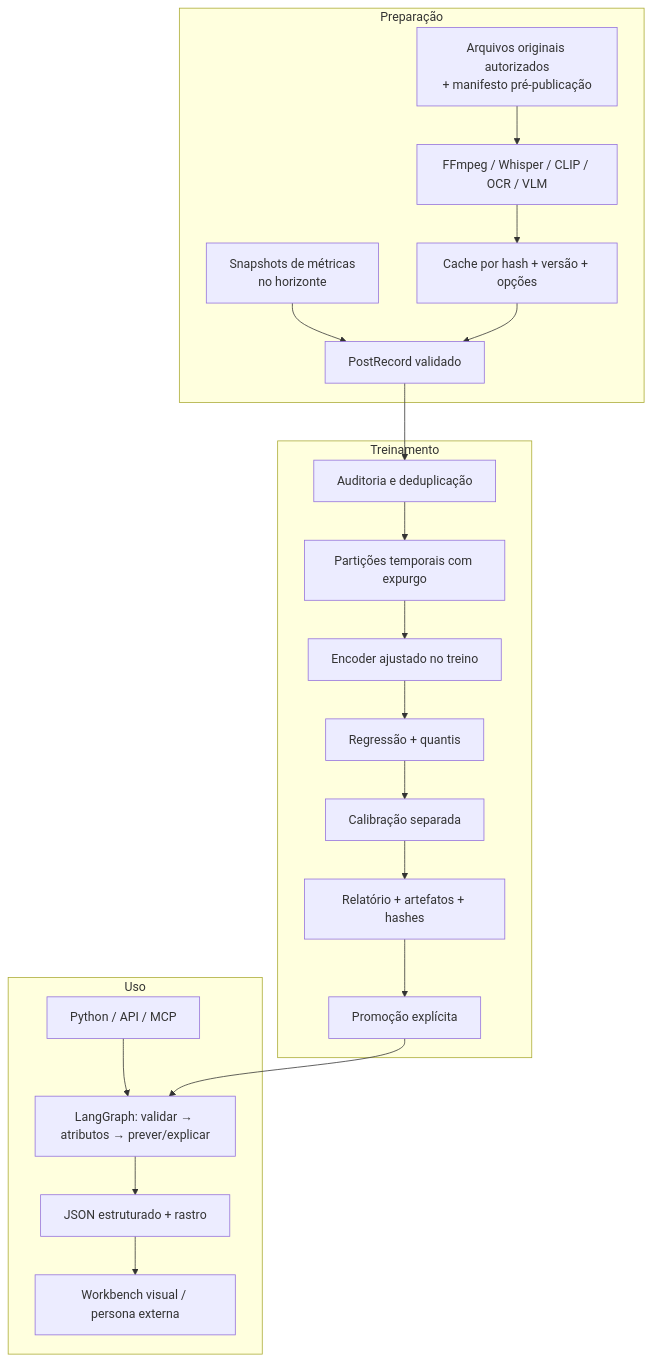
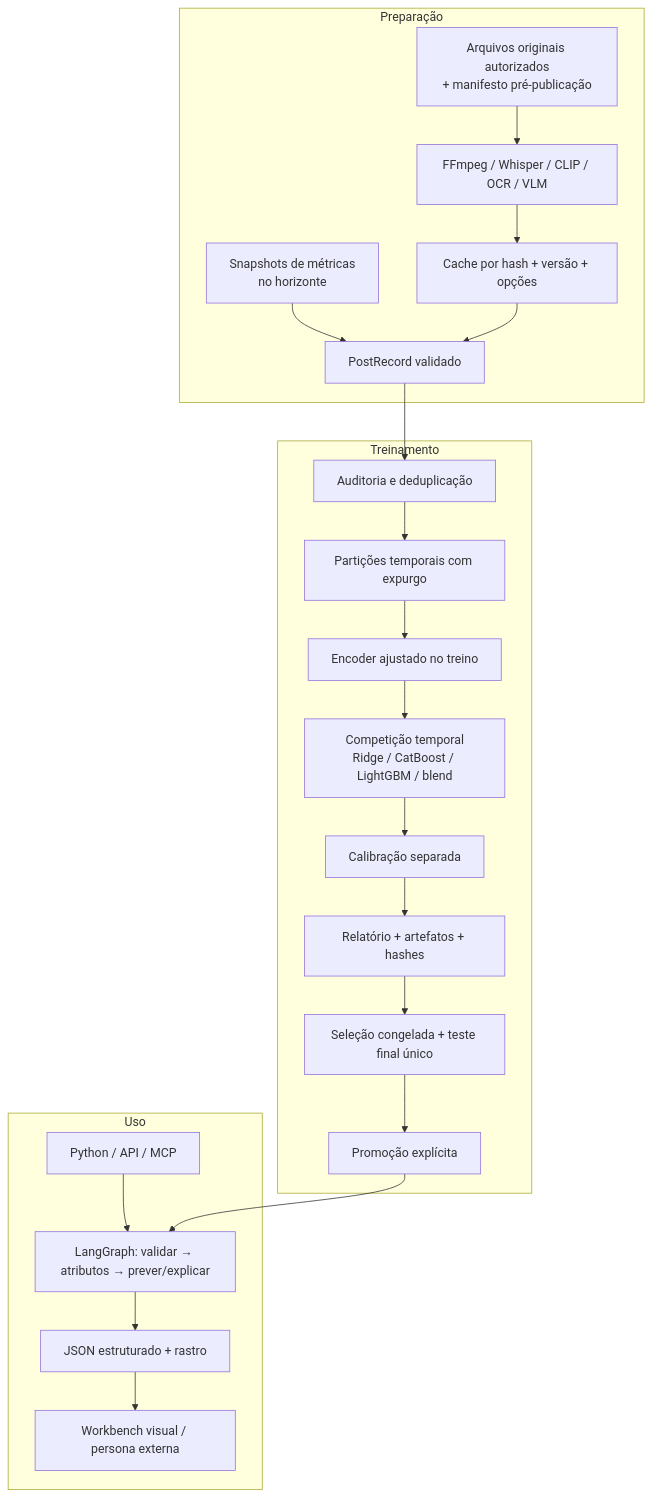
Before and after one commit to Gui0206/case-galaxies: the diagram in docs/ARCHITECTURE.md, drawn with Mermaid. The commit also changed other lines of this file and 16 other files, not shown here.

````diff
--- a/docs/ARCHITECTURE.md
+++ b/docs/ARCHITECTURE.md
@@ -5,24 +5,25 @@
 ```mermaid
 flowchart TB
     subgraph Preparação
       S["Arquivos originais autorizados<br>+ manifesto pré-publicação"] --> E["FFmpeg / Whisper / CLIP / OCR / VLM"]
       E --> C["Cache por hash + versão + opções"]
       O["Snapshots de métricas<br>no horizonte"] --> D["PostRecord validado"]
       C --> D
     end
     subgraph Treinamento
       D --> A[Auditoria e deduplicação]
       A --> T[Partições temporais com expurgo]
       T --> F["Encoder ajustado no treino"]
-      F --> M["Regressão + quantis"]
+      F --> M["Competição temporal<br>Ridge / CatBoost / LightGBM / blend"]
       M --> K["Calibração separada"]
       K --> R["Relatório + artefatos + hashes"]
-      R --> P[Promoção explícita]
+      R --> Z["Seleção congelada + teste final único"]
+      Z --> P[Promoção explícita]
     end
     subgraph Uso
       I["Python / API / MCP"] --> G["LangGraph: validar → atributos → prever/explicar"]
       P --> G
       G --> X["JSON estruturado + rastro"]
       X --> UI[Workbench visual / persona externa]
     end
 ```
````
